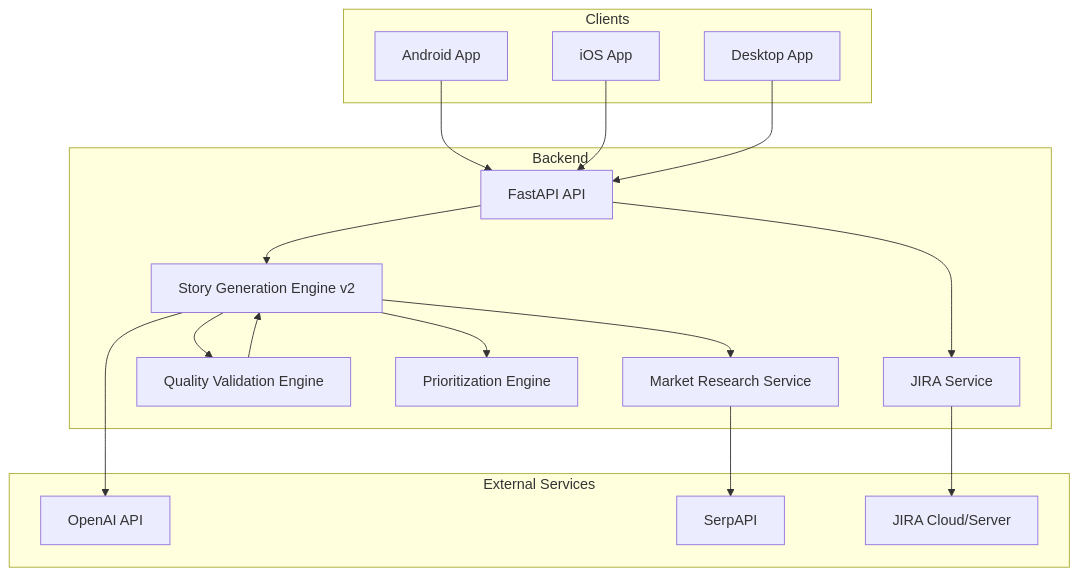
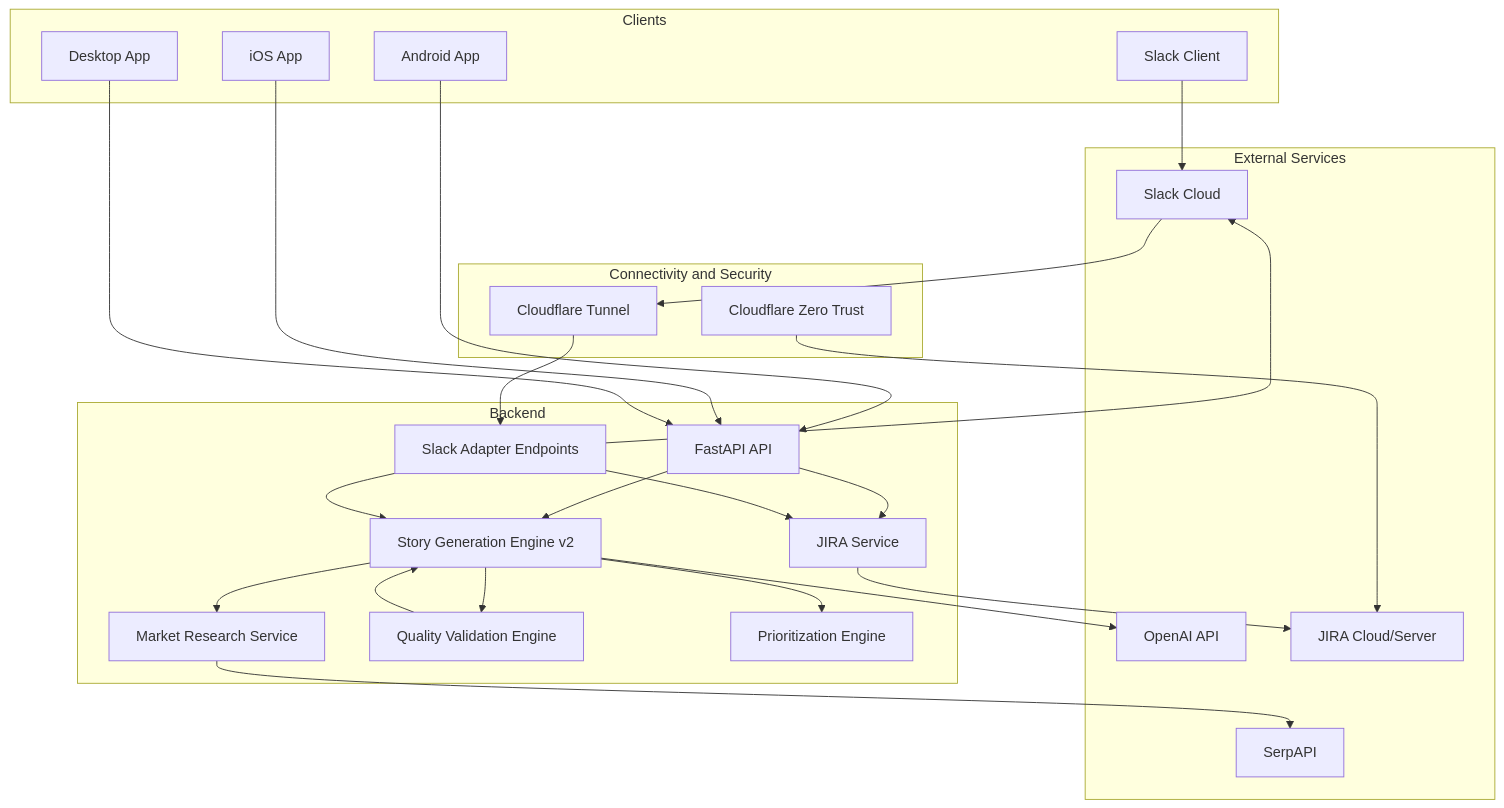
The first of 5 diagrams in ARCHITECTURE.md (winitramesh2/BacklogAI), drawn with Mermaid before and after one commit. The commit also changed other lines of this file and 1 other file, not shown here.

First line of the commit message:
Strengthen Slack security docs and diagrams

````diff
--- a/ARCHITECTURE.md
+++ b/ARCHITECTURE.md
@@ -9,37 +9,52 @@
 ```mermaid
 graph TD
   subgraph Clients
     A1[Android App]
     A2[iOS App]
     A3[Desktop App]
+    A4[Slack Client]
   end
 
   subgraph Backend
     B1[FastAPI API]
     B2[Story Generation Engine v2]
     B3[Market Research Service]
     B4[Quality Validation Engine]
     B5[Prioritization Engine]
     B6[JIRA Service]
+    B7[Slack Adapter Endpoints]
+  end
+
+  subgraph Connectivity and Security
+    S1[Cloudflare Tunnel]
+    S2[Cloudflare Zero Trust]
   end
 
   subgraph External Services
     C1[OpenAI API]
     C2[SerpAPI]
     C3[JIRA Cloud/Server]
+    C4[Slack Cloud]
   end
 
   A1 --> B1
   A2 --> B1
   A3 --> B1
+  A4 --> C4
+  C4 --> S1
+  S1 --> B7
+  S2 --> C3
 
   B1 --> B2
   B2 --> B3
   B3 --> C2
   B2 --> C1
   B2 --> B4
   B4 --> B2
   B2 --> B5
   B1 --> B6
+  B7 --> B2
+  B7 --> B6
+  B7 --> C4
   B6 --> C3
 ```
````
